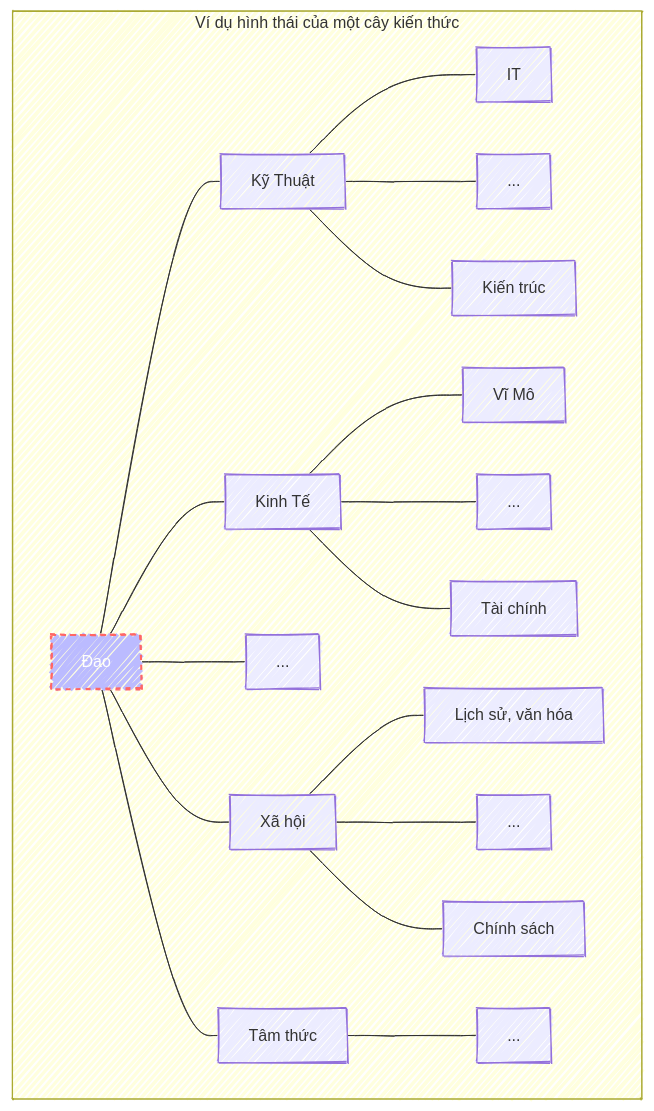
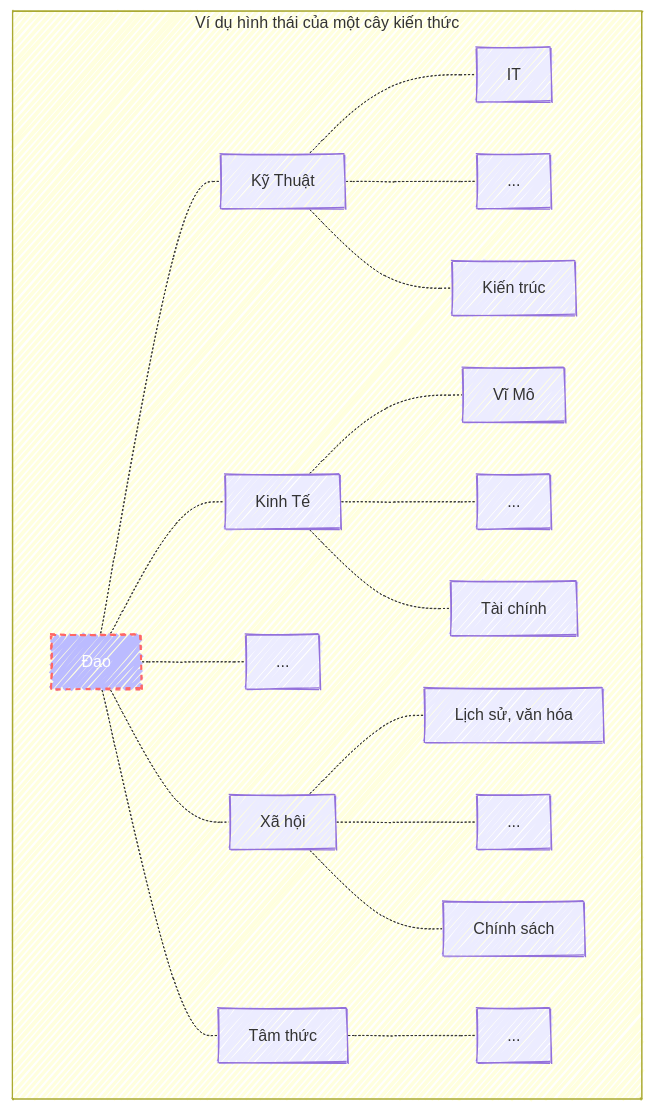
One commit to laiduyha/wei-he changed the third of 3 diagrams in _posts/2024-06-20-cay-kien-thuc.md. Above: the diagram before and after it, drawn with Mermaid. The commit also changed other lines of this file, not shown here.

Commit message:
cây kiến thức v1

````diff
--- a/_posts/2024-06-20-cay-kien-thuc.md
+++ b/_posts/2024-06-20-cay-kien-thuc.md
@@ -141,31 +140,31 @@
 ```mermaid
 ---
 config:
   look: handDrawn
 ---
 
 flowchart
   subgraph 1[Ví dụ hình thái của một cây kiến thức]
-    d[Đạo] --- kt[Kỹ Thuật]
-    kt[Kỹ Thuật] --- it[IT]
-    kt[Kỹ Thuật] --- kt1[...]
-    kt[Kỹ Thuật] --- ktruc[Kiến trúc]
+    d[Đạo]-.-kt[Kỹ Thuật]
+    kt[Kỹ Thuật]-.-it[IT]
+    kt[Kỹ Thuật]-.-kt1[...]
+    kt[Kỹ Thuật]-.-ktruc[Kiến trúc]
 
-    d[Đạo] --- kte[Kinh Tế]
-    kte[Kinh Tế] --- macro[Vĩ Mô]
-    kte[Kinh Tế] --- kte1[...]
-    kte[Kinh Tế] --- finance[Tài chính]
+    d[Đạo]-.-kte[Kinh Tế]
+    kte[Kinh Tế]-.-macro[Vĩ Mô]
+    kte[Kinh Tế]-.-kte1[...]
+    kte[Kinh Tế]-.-finance[Tài chính]
 
-    d[Đạo] --- d1[...]
+    d[Đạo]-.-d1[...]
 
-    d[Đạo] --- xh[Xã hội]
-    xh[Xã hội] --- ds[Lịch sử, văn hóa]
-    xh[Xã hội] --- xh1[...]
-    xh[Xã hội] --- cs[Chính sách]
+    d[Đạo] -.- society[Xã hội]
+    society[Xã hội]-.-ds[Lịch sử, văn hóa]
+    society[Xã hội]-.-society1[...]
+    society[Xã hội]-.-cs[Chính sách]
 
-    d[Đạo] --- tt[Tâm thức]
-    tt[Tâm thức] --- tt1[...]
+    d[Đạo]-.-tt[Tâm thức]
+    tt[Tâm thức]-.-tt1[...]
 
     style d fill:#bbf,stroke:#f66,stroke-width:2px,color:#fff,stroke-dasharray: 5 5
   end
 ```
````
